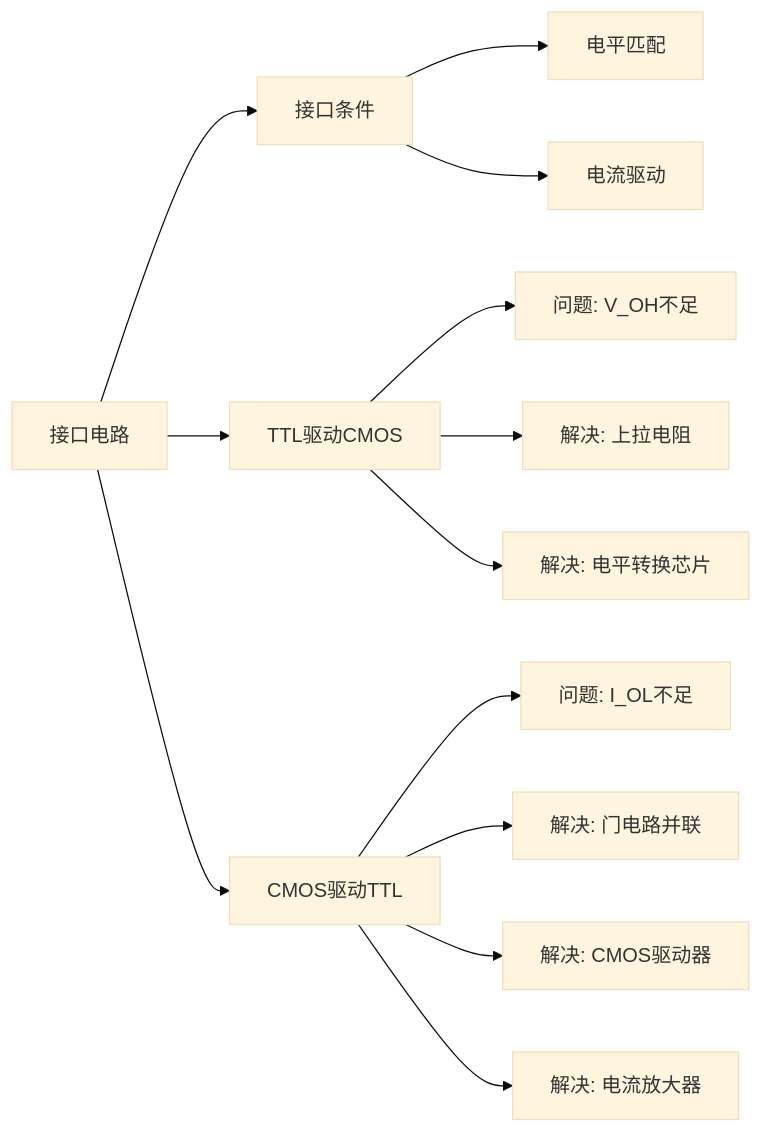
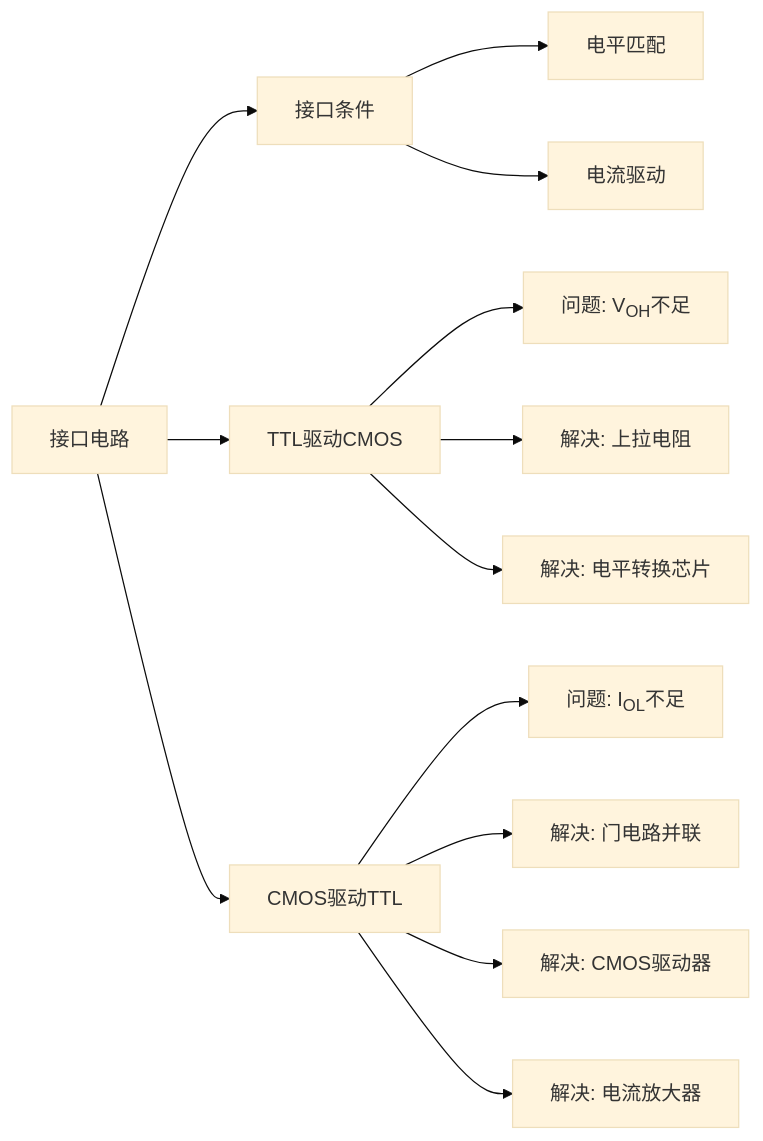
One commit to LiuandXu/digital-electronics-wiki changed the diagram in docs/ch03/3-4.md. Above: the diagram before and after it, drawn with Mermaid (base theme). The commit also changed 1 other file, not shown here.

Commit message:
fix: Mermaid节点内下标用HTML<sub>标签替代下划线

````diff
--- a/docs/ch03/3-4.md
+++ b/docs/ch03/3-4.md
@@ -122,18 +122,18 @@
 ```mermaid
 graph LR
     A["接口电路"] --> B["接口条件"]
     A --> C["TTL驱动CMOS"]
     A --> D["CMOS驱动TTL"]
     
     B --> B1["电平匹配"]
     B --> B2["电流驱动"]
     
-    C --> C1["问题: V_OH不足"]
+    C --> C1["问题: V<sub>OH</sub>不足"]
     C --> C2["解决: 上拉电阻"]
     C --> C3["解决: 电平转换芯片"]
     
-    D --> D1["问题: I_OL不足"]
+    D --> D1["问题: I<sub>OL</sub>不足"]
     D --> D2["解决: 门电路并联"]
     D --> D3["解决: CMOS驱动器"]
     D --> D4["解决: 电流放大器"]
 ```
````
